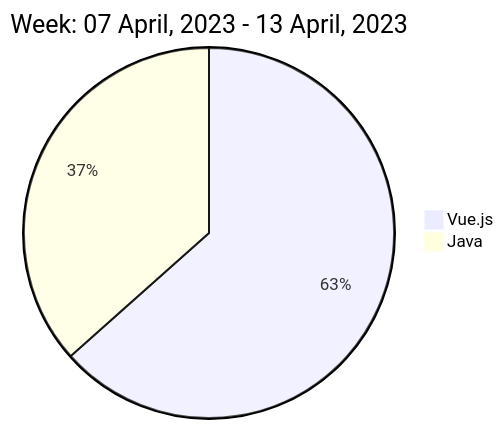
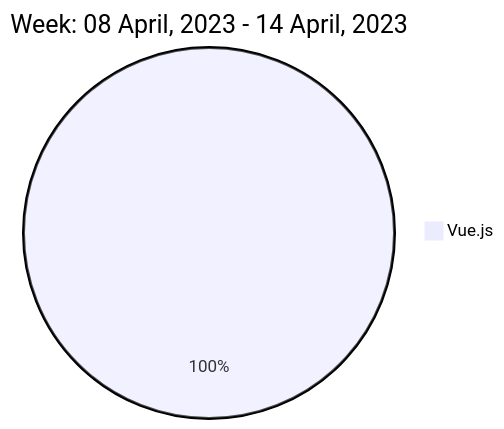
Before and after one commit to liubin95/liubin95: the diagram in README.md, drawn with Mermaid.

Commit message:
Updated the Graph with new Metrics

````diff
--- a/README.md
+++ b/README.md
@@ -40,6 +40,5 @@
 ```mermaid
  pie
-title Week: 07 April, 2023 - 13 April, 2023
+title Week: 08 April, 2023 - 14 April, 2023
  "Vue.js" : 2.22
- "Java" : 1.28
 ```
````
